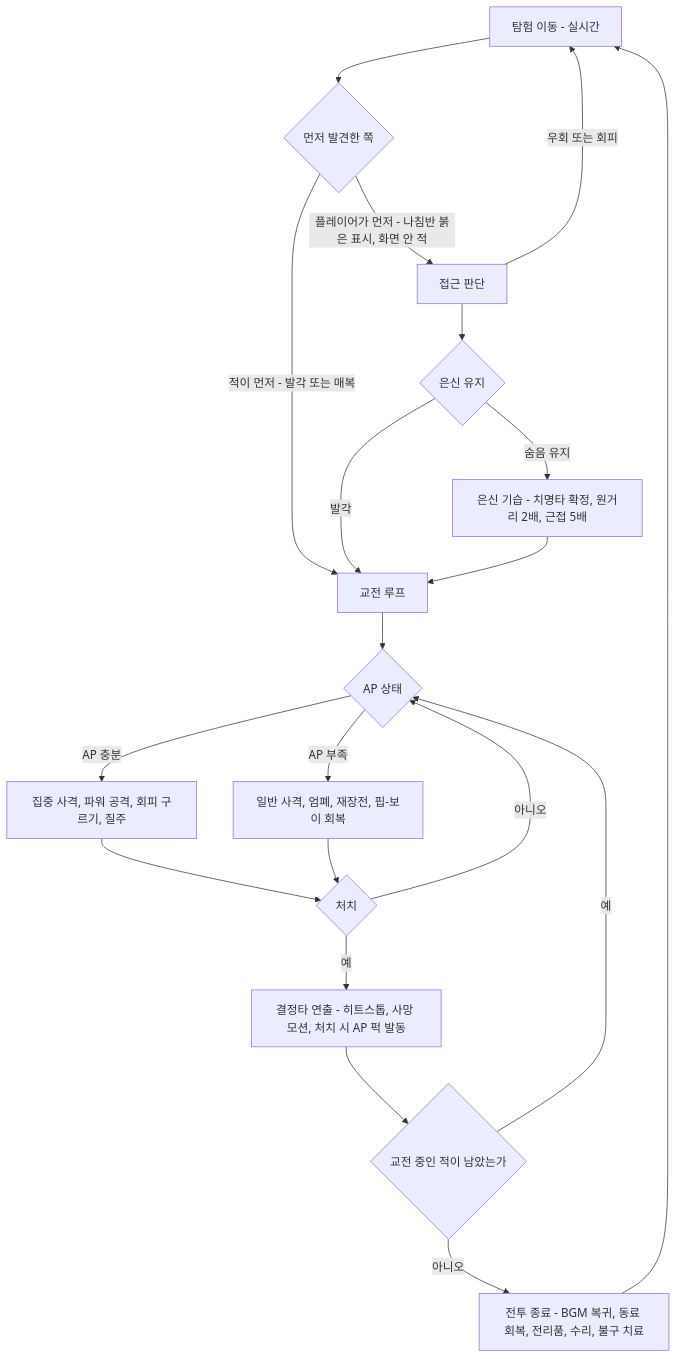
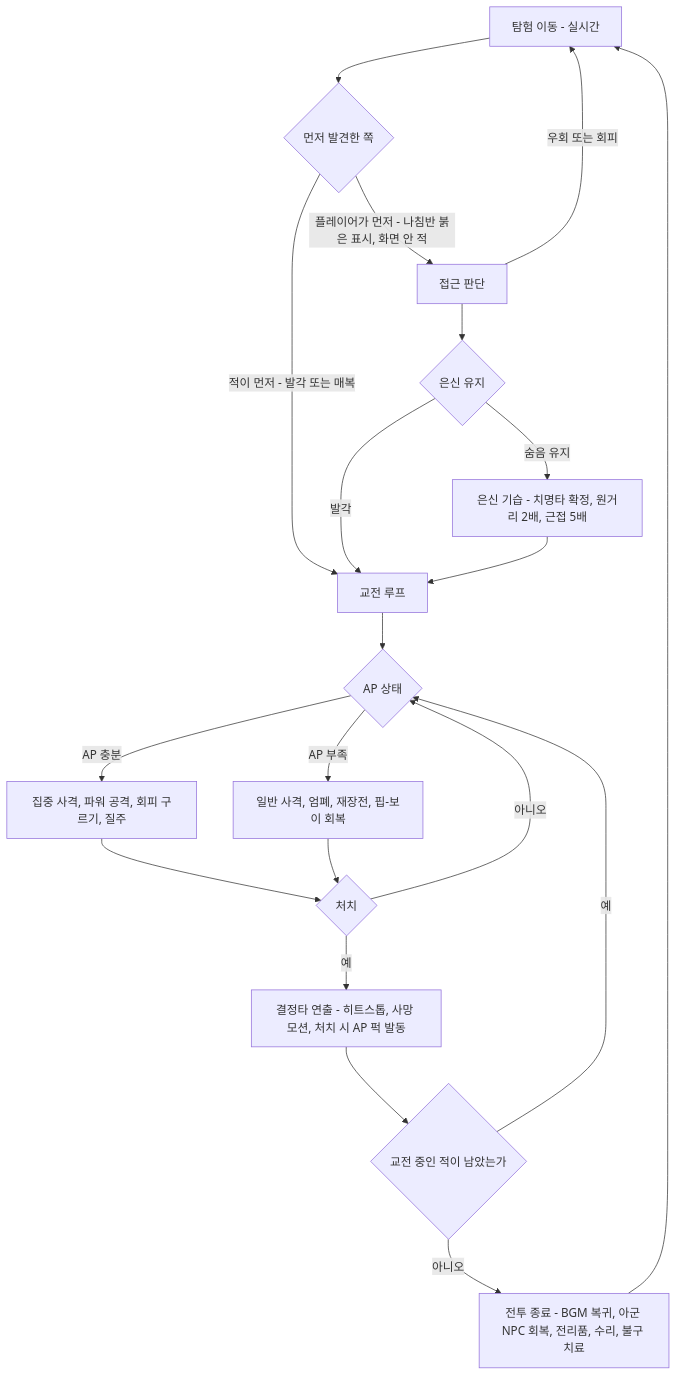
One commit to forsurvive/003 changed the first of 6 diagrams in docs/seoul-fallout/11_combat-system.md. Above: the diagram before and after it, drawn with Mermaid. The commit also changed other lines of this file and 10 other files, not shown here.

````diff
--- a/docs/seoul-fallout/11_combat-system.md
+++ b/docs/seoul-fallout/11_combat-system.md
@@ -96,22 +100,22 @@
 ```mermaid
 flowchart TD
   A["탐험 이동 - 실시간"] --> B{"먼저 발견한 쪽"}
   B -->|"플레이어가 먼저 - 나침반 붉은 표시, 화면 안 적"| C["접근 판단"]
   B -->|"적이 먼저 - 발각 또는 매복"| F["교전 루프"]
   C --> D{"은신 유지"}
   D -->|"숨음 유지"| E["은신 기습 - 치명타 확정, 원거리 2배, 근접 5배"]
   D -->|"발각"| F
   C -->|"우회 또는 회피"| A
   E --> F
   F --> G{"AP 상태"}
   G -->|"AP 충분"| H["집중 사격, 파워 공격, 회피 구르기, 질주"]
   G -->|"AP 부족"| I["일반 사격, 엄폐, 재장전, 핍-보이 회복"]
   H --> J{"처치"}
   I --> J
   J -->|"예"| K["결정타 연출 - 히트스톱, 사망 모션, 처치 시 AP 퍽 발동"]
   J -->|"아니오"| G
   K --> L{"교전 중인 적이 남았는가"}
   L -->|"예"| G
-  L -->|"아니오"| M["전투 종료 - BGM 복귀, 동료 회복, 전리품, 수리, 불구 치료"]
+  L -->|"아니오"| M["전투 종료 - BGM 복귀, 아군 NPC 회복, 전리품, 수리, 불구 치료"]
   M --> A
 ```
````
